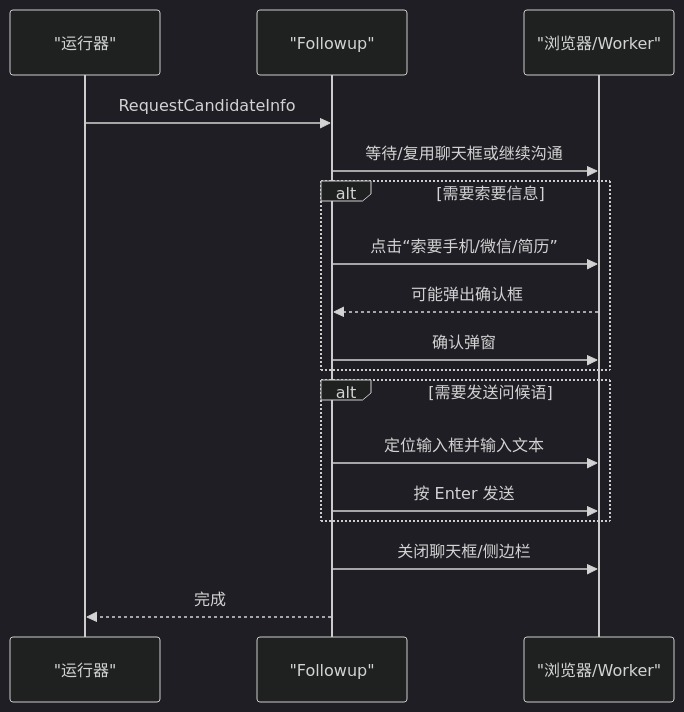
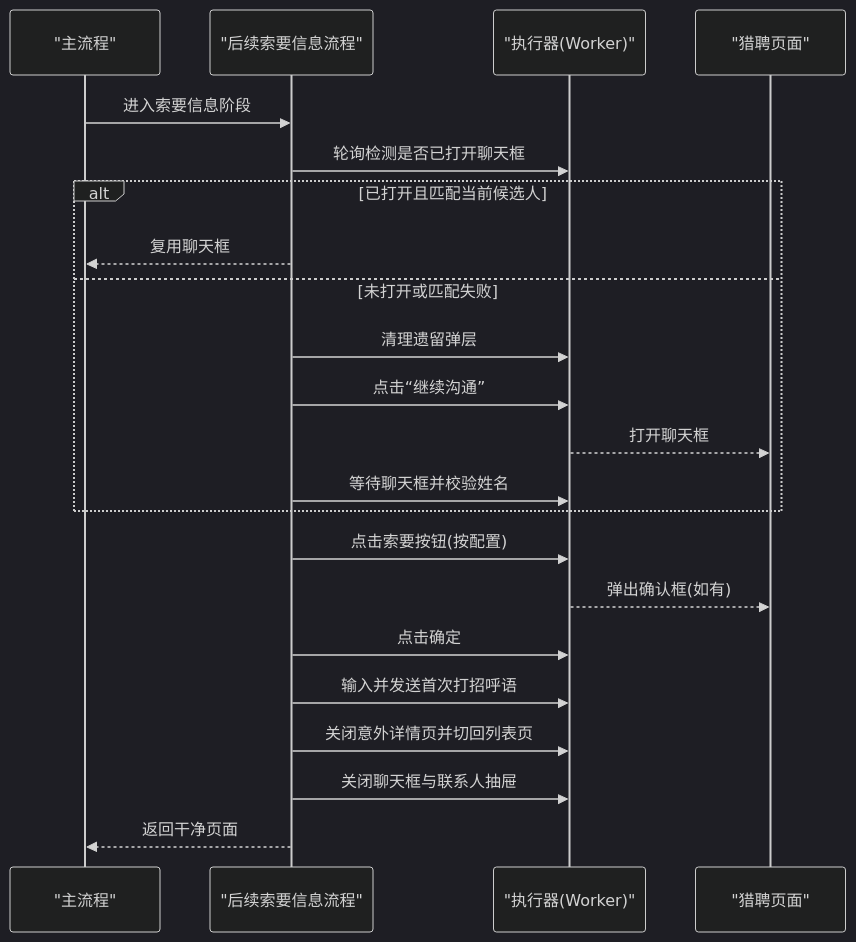
The fourth of 5 diagrams in .qoder/repowiki/zh/content/本地执行器/平台适配器/猎聘适配器/在线沟通.md (alvinwangzi/goodhr), drawn with Mermaid (dark theme) before and after one commit. The commit also changed other lines of this file and 149 other files, not shown here.

````diff
--- a/.qoder/repowiki/zh/content/本地执行器/平台适配器/猎聘适配器/在线沟通.md
+++ b/.qoder/repowiki/zh/content/本地执行器/平台适配器/猎聘适配器/在线沟通.md
@@ -169,19 +189,24 @@
 ```mermaid
 sequenceDiagram
-participant R as "运行器"
-participant F as "Followup"
-participant B as "浏览器/Worker"
-R->>F : RequestCandidateInfo
-F->>B : 等待/复用聊天框或继续沟通
-alt 需要索要信息
-F->>B : 点击“索要手机/微信/简历”
-B-->>F : 可能弹出确认框
-F->>B : 确认弹窗
+participant Runner as "主流程"
+participant FU as "后续索要信息流程"
+participant Exec as "执行器(Worker)"
+participant Page as "猎聘页面"
+Runner->>FU : 进入索要信息阶段
+FU->>Exec : 轮询检测是否已打开聊天框
+alt 已打开且匹配当前候选人
+FU-->>Runner : 复用聊天框
+else 未打开或匹配失败
+FU->>Exec : 清理遗留弹层
+FU->>Exec : 点击“继续沟通”
+Exec-->>Page : 打开聊天框
+FU->>Exec : 等待聊天框并校验姓名
 end
-alt 需要发送问候语
-F->>B : 定位输入框并输入文本
-F->>B : 按 Enter 发送
-end
-F->>B : 关闭聊天框/侧边栏
-F-->>R : 完成
+FU->>Exec : 点击索要按钮(按配置)
+Exec-->>Page : 弹出确认框(如有)
+FU->>Exec : 点击确定
+FU->>Exec : 输入并发送首次打招呼语
+FU->>Exec : 关闭意外详情页并切回列表页
+FU->>Exec : 关闭聊天框与联系人抽屉
+FU-->>Runner : 返回干净页面
 ```
````
